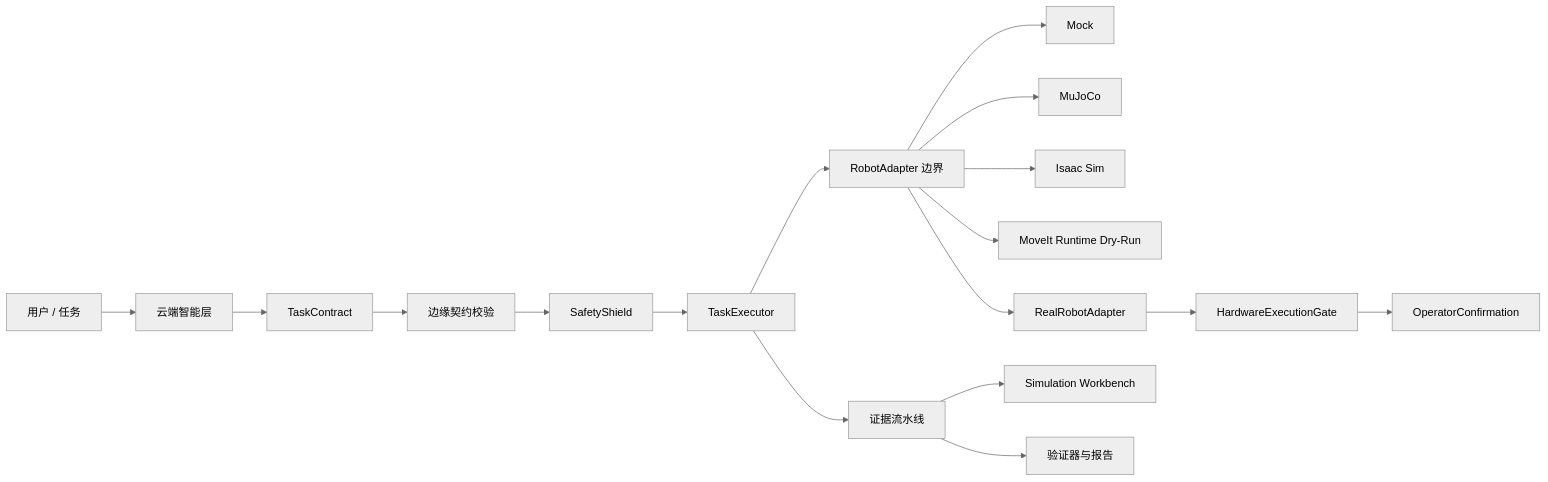
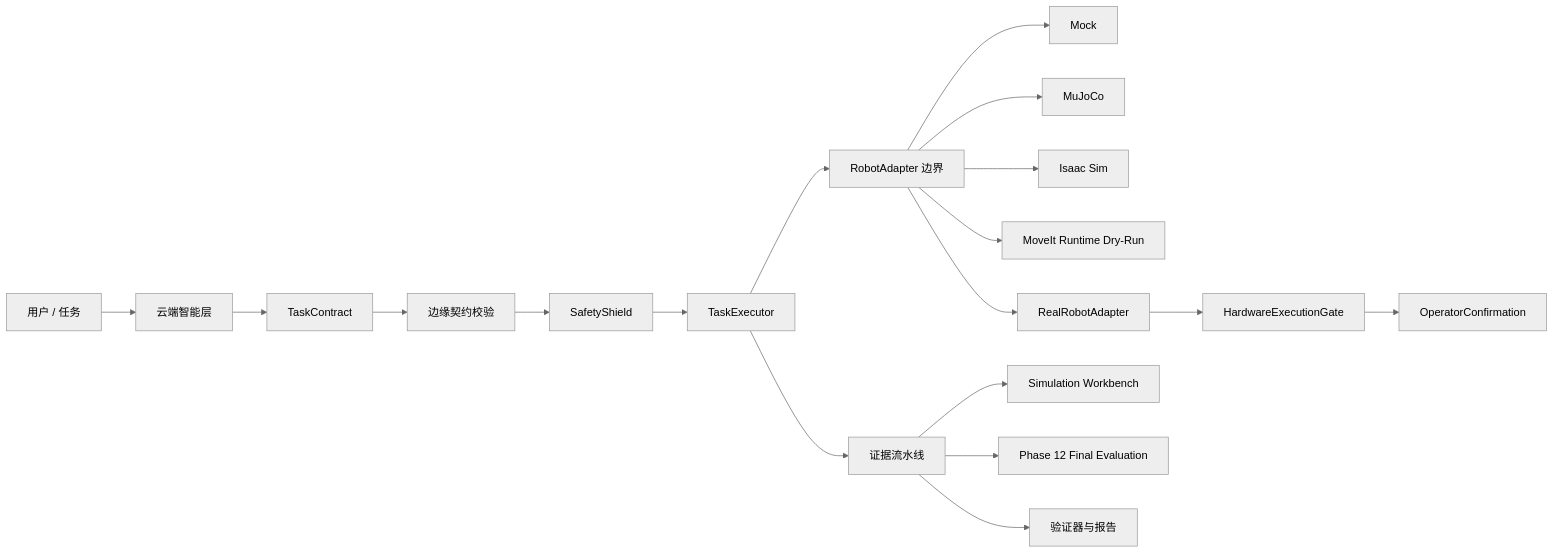
One commit to ningyd98/BIG-small changed the first of 9 diagrams in docs/architecture.md. Above: the diagram before and after it, drawn with Mermaid (neutral theme). The commit also changed other lines of this file and 44 other files, not shown here.

Commit message:
feat: add phase12 final evaluation suite

````diff
--- a/docs/architecture.md
+++ b/docs/architecture.md
@@ -20,19 +22,20 @@
 ```mermaid
 flowchart LR
   User[用户 / 任务] --> Cloud[云端智能层]
   Cloud --> Contract[TaskContract]
   Contract --> Validator[边缘契约校验]
   Validator --> Shield[SafetyShield]
   Shield --> Executor[TaskExecutor]
   Executor --> Adapter[RobotAdapter 边界]
   Adapter --> Mock[Mock]
   Adapter --> MuJoCo[MuJoCo]
   Adapter --> Isaac[Isaac Sim]
   Adapter --> MoveIt[MoveIt Runtime Dry-Run]
   Adapter --> Real[RealRobotAdapter]
   Evidence --> Workbench[Simulation Workbench]
+  Evidence --> FinalEval[Phase 12 Final Evaluation]
   Real --> Gate[HardwareExecutionGate]
   Gate --> Confirm[OperatorConfirmation]
   Executor --> Evidence[证据流水线]
   Evidence --> Verifiers[验证器与报告]
 ```
````
